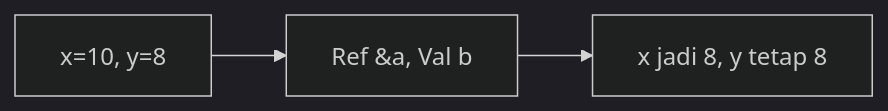
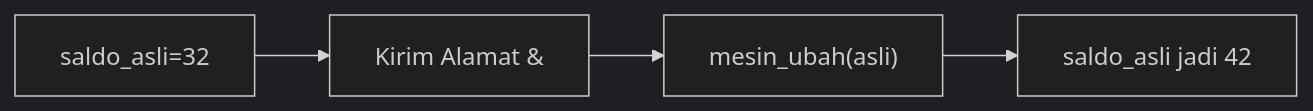
One commit to amnahwaida/OSNK_INF_PREP changed diagram 14 of 25 in part-c-pemahaman-cpp/04-fungsi/latihan/set-05.md. Above: the diagram before and after it, drawn with Mermaid (dark theme). The commit also changed other lines of this file and 71 other files, not shown here.

````diff
--- a/part-c-pemahaman-cpp/04-fungsi/latihan/set-05.md
+++ b/part-c-pemahaman-cpp/04-fungsi/latihan/set-05.md
@@ -367,5 +385,6 @@
 ```mermaid
 graph LR
-A["x=10, y=8"] --> B["Ref &a, Val b"]
-B --> C["x jadi 8, y tetap 8"]
+A["saldo_asli=32"] --> B["Kirim Alamat &"]
+B --> C["mesin_ubah(asli)"]
+C --> D["saldo_asli jadi 42"]
 ```
````
